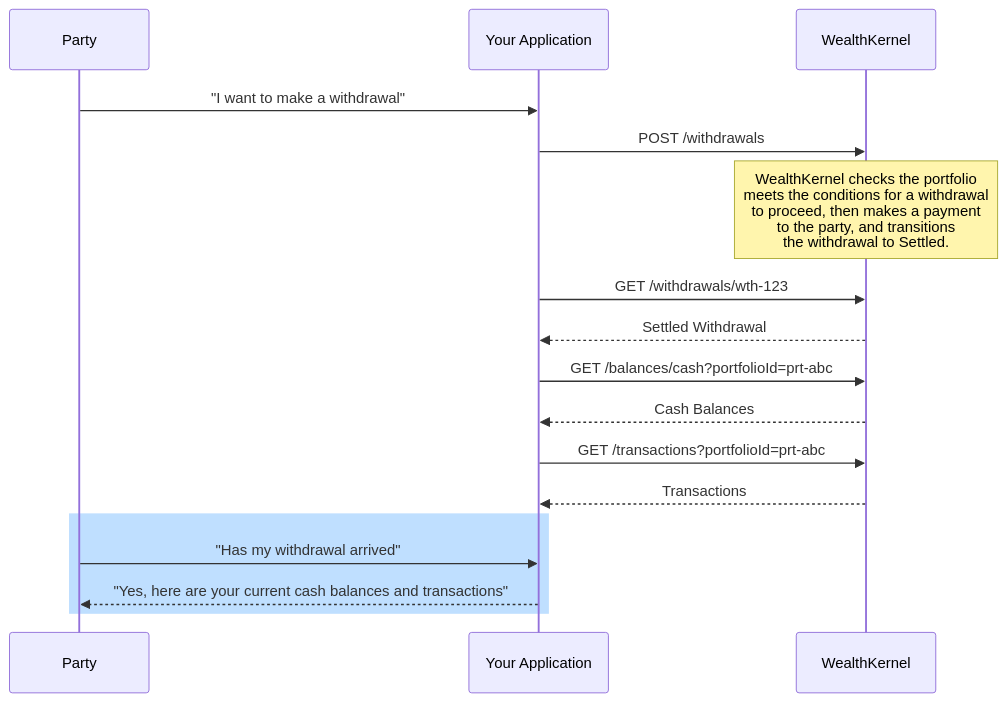
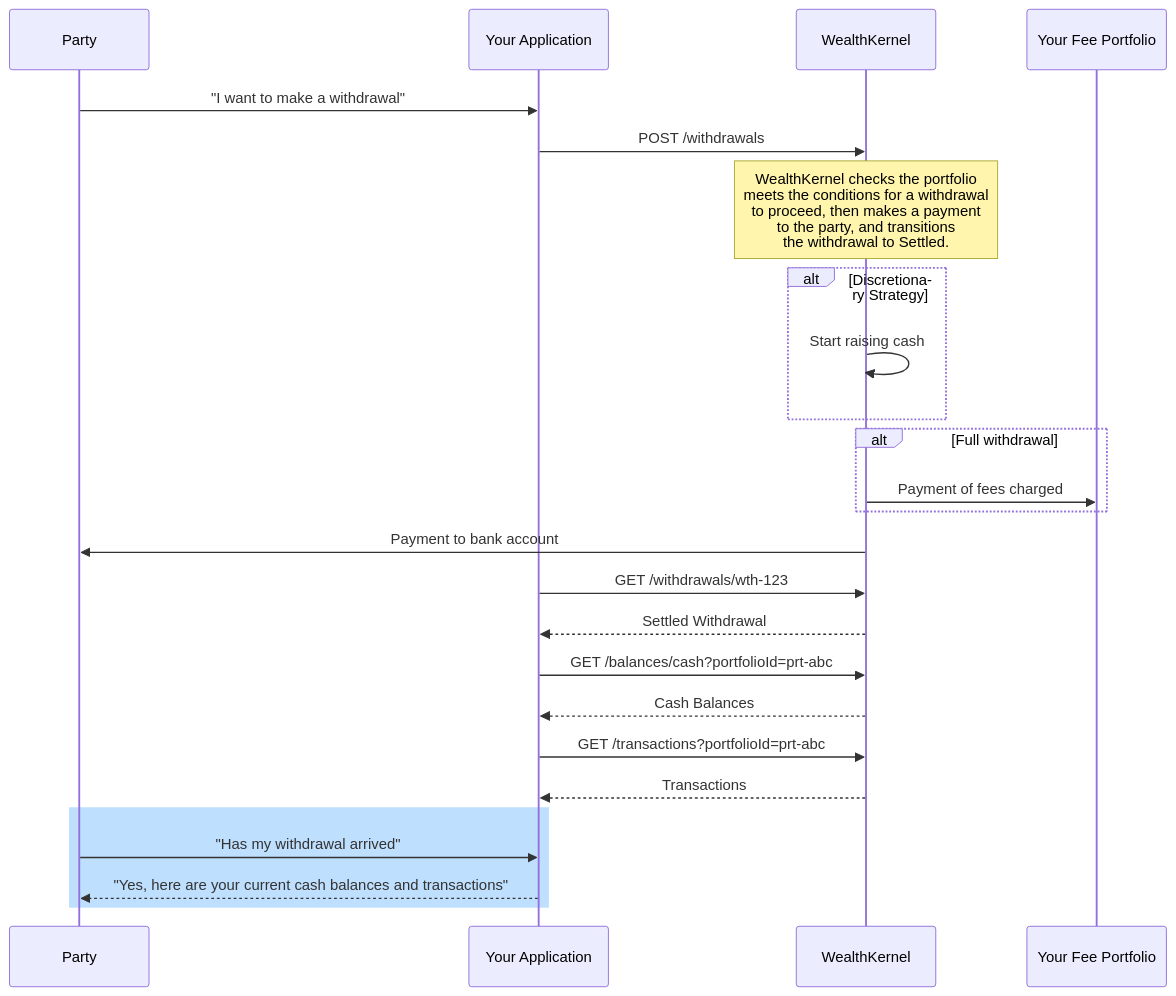
The diagram in docs/withdrawals/Basics.md (wealthkernel/api-documentation-guides), drawn with Mermaid before and after one commit.

````diff
--- a/docs/withdrawals/Basics.md
+++ b/docs/withdrawals/Basics.md
@@ -19,22 +19,32 @@
 ```mermaid
 sequenceDiagram
 
 Party ->> Your Application: "I want to make a withdrawal"
 
 Your Application ->> WealthKernel: POST /withdrawals
 Note over WealthKernel: WealthKernel checks the portfolio <br> meets the conditions for a withdrawal<br>to proceed, then makes a payment<br> to the party, and transitions<br> the withdrawal to Settled.
+
+alt Discretionary Strategy
+WealthKernel ->> WealthKernel: Start raising cash
+end
+
+alt Full withdrawal
+WealthKernel ->> Your Fee Portfolio: Payment of fees charged
+end
+
+WealthKernel ->> Party: Payment to bank account
 
 Your Application ->> WealthKernel: GET /withdrawals/wth-123
 WealthKernel -->> Your Application: Settled Withdrawal
 
 Your Application ->> WealthKernel: GET /balances/cash?portfolioId=prt-abc
 WealthKernel -->> Your Application: Cash Balances
 
 Your Application ->> WealthKernel: GET /transactions?portfolioId=prt-abc
 WealthKernel -->> Your Application: Transactions
 
 rect rgb(191, 223, 255)
 Party ->> Your Application: "Has my withdrawal arrived"
 Your Application -->> Party: "Yes, here are your current cash balances and transactions"
 end
 ```
````
